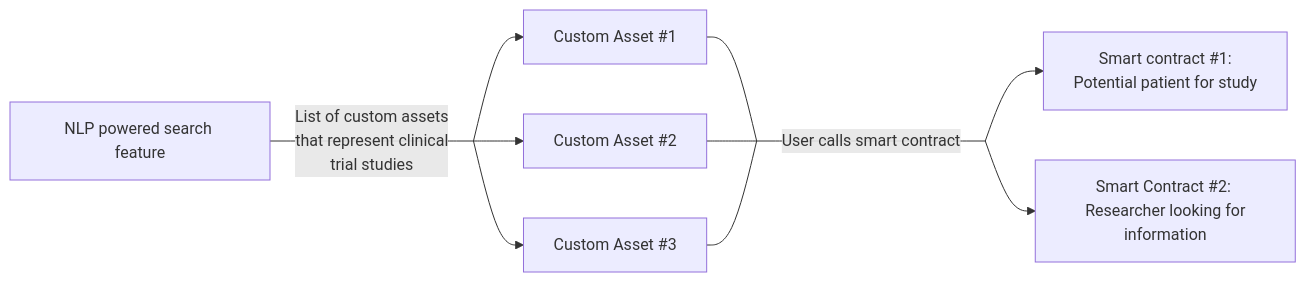
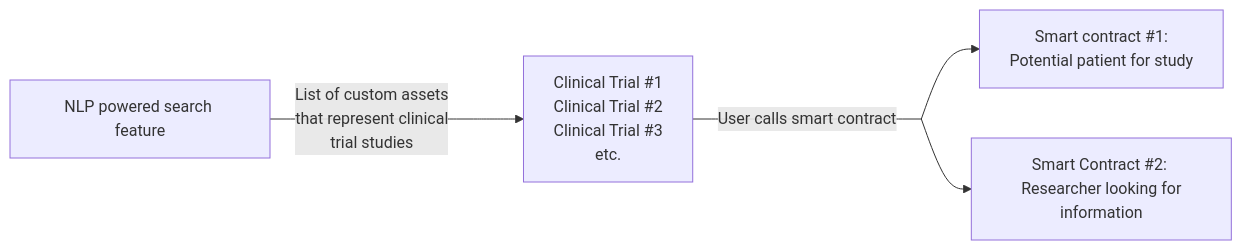
The second of 2 diagrams in README.md (AI-and-Blockchain/S22_StudyBlock), drawn with Mermaid before and after one commit.

````diff
--- a/README.md
+++ b/README.md
@@ -30,13 +30,10 @@
 ```mermaid
 graph LR;
 A[NLP powered search feature] -- List of custom assets <br> that represent clinical <br> trial studies --- B[ ]:::empty
-B --> B1[Custom Asset #1]
-B --> B2[Custom Asset #2]
-B --> B3[Custom Asset #3]
-B1 & B2 & B3 --- X[ ]:::empty
-X -- User calls smart contract --- C[ ]:::empty
+B --> B1[Clinical Trial #1 <br> Clinical Trial #2 <br> Clinical Trial #3 <br> etc.]
+B1 -- User calls smart contract --- C[ ]:::empty
 C --> D[Smart contract #1: <br> Potential patient for study] 
 C --> E[Smart Contract #2: <br> Researcher looking for information]
 classDef empty width:0px,height:0px;
 
 ```
````
